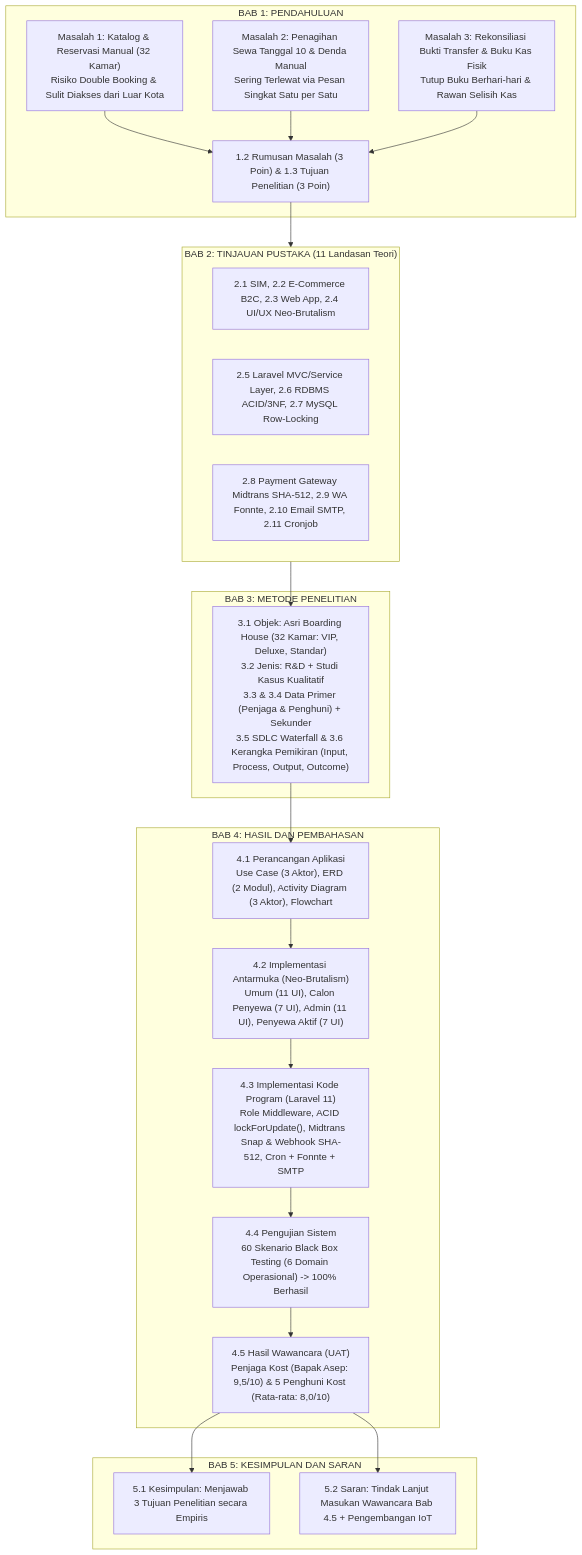
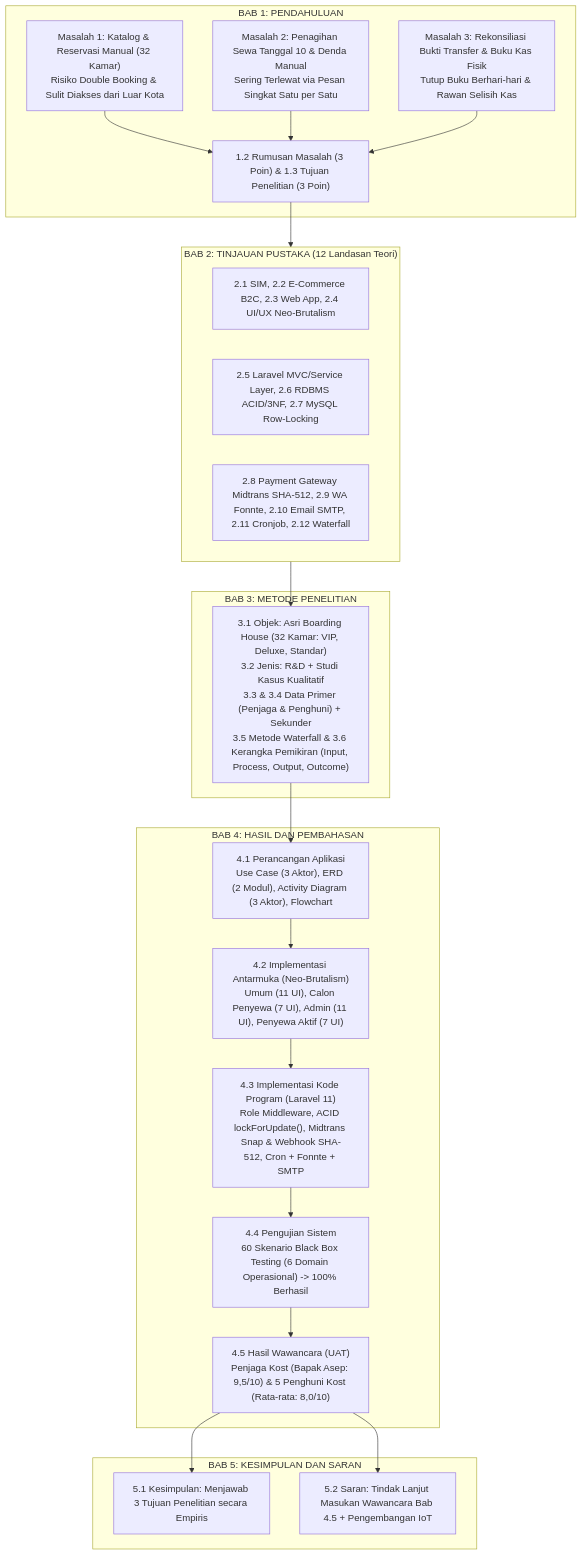
One commit to rafifarsyapradiva/asri-boarding-house changed the diagram in Skripsi/audit_skripsi_rafif_22n40014.md. Above: the diagram before and after it, drawn with Mermaid. The commit also changed other lines of this file and 4 other files, not shown here.

Commit message:
docs(skripsi): revisi bab 2.12 waterfall, bab 3.5 hapus sdlc, bab 5.1-5.2, urut sitasi & sinkronisasi jurnal

````diff
--- a/Skripsi/audit_skripsi_rafif_22n40014.md
+++ b/Skripsi/audit_skripsi_rafif_22n40014.md
@@ -45,37 +45,37 @@
 ```mermaid
 flowchart TD
     subgraph BAB1["BAB 1: PENDAHULUAN"]
         M1["Masalah 1: Katalog & Reservasi Manual (32 Kamar)<br/>Risiko Double Booking & Sulit Diakses dari Luar Kota"]
         M2["Masalah 2: Penagihan Sewa Tanggal 10 & Denda Manual<br/>Sering Terlewat via Pesan Singkat Satu per Satu"]
         M3["Masalah 3: Rekonsiliasi Bukti Transfer & Buku Kas Fisik<br/>Tutup Buku Berhari-hari & Rawan Selisih Kas"]
         RM["1.2 Rumusan Masalah (3 Poin) & 1.3 Tujuan Penelitian (3 Poin)"]
         M1 & M2 & M3 --> RM
     end
 
-    subgraph BAB2["BAB 2: TINJAUAN PUSTAKA (11 Landasan Teori)"]
+    subgraph BAB2["BAB 2: TINJAUAN PUSTAKA (12 Landasan Teori)"]
         T1["2.1 SIM, 2.2 E-Commerce B2C, 2.3 Web App, 2.4 UI/UX Neo-Brutalism"]
         T2["2.5 Laravel MVC/Service Layer, 2.6 RDBMS ACID/3NF, 2.7 MySQL Row-Locking"]
-        T3["2.8 Payment Gateway Midtrans SHA-512, 2.9 WA Fonnte, 2.10 Email SMTP, 2.11 Cronjob"]
+        T3["2.8 Payment Gateway Midtrans SHA-512, 2.9 WA Fonnte, 2.10 Email SMTP, 2.11 Cronjob, 2.12 Waterfall"]
     end
 
     subgraph BAB3["BAB 3: METODE PENELITIAN"]
-        MP["3.1 Objek: Asri Boarding House (32 Kamar: VIP, Deluxe, Standar)<br/>3.2 Jenis: R&D + Studi Kasus Kualitatif<br/>3.3 & 3.4 Data Primer (Penjaga & Penghuni) + Sekunder<br/>3.5 SDLC Waterfall & 3.6 Kerangka Pemikiran (Input, Process, Output, Outcome)"]
+        MP["3.1 Objek: Asri Boarding House (32 Kamar: VIP, Deluxe, Standar)<br/>3.2 Jenis: R&D + Studi Kasus Kualitatif<br/>3.3 & 3.4 Data Primer (Penjaga & Penghuni) + Sekunder<br/>3.5 Metode Waterfall & 3.6 Kerangka Pemikiran (Input, Process, Output, Outcome)"]
     end
 
     subgraph BAB4["BAB 4: HASIL DAN PEMBAHASAN"]
         B41["4.1 Perancangan Aplikasi<br/>Use Case (3 Aktor), ERD (2 Modul), Activity Diagram (3 Aktor), Flowchart"]
         B42["4.2 Implementasi Antarmuka (Neo-Brutalism)<br/>Umum (11 UI), Calon Penyewa (7 UI), Admin (11 UI), Penyewa Aktif (7 UI)"]
         B43["4.3 Implementasi Kode Program (Laravel 11)<br/>Role Middleware, ACID lockForUpdate(), Midtrans Snap & Webhook SHA-512, Cron + Fonnte + SMTP"]
         B44["4.4 Pengujian Sistem<br/>60 Skenario Black Box Testing (6 Domain Operasional) -> 100% Berhasil"]
         B45["4.5 Hasil Wawancara (UAT)<br/>Penjaga Kost (Bapak Asep: 9,5/10) & 5 Penghuni Kost (Rata-rata: 8,0/10)"]
         B41 --> B42 --> B43 --> B44 --> B45
     end
 
     subgraph BAB5["BAB 5: KESIMPULAN DAN SARAN"]
         K["5.1 Kesimpulan: Menjawab 3 Tujuan Penelitian secara Empiris"]
         S["5.2 Saran: Tindak Lanjut Masukan Wawancara Bab 4.5 + Pengembangan IoT"]
     end
 
     RM --> BAB2 --> MP --> B41
     B45 --> K & S
 ```
````
